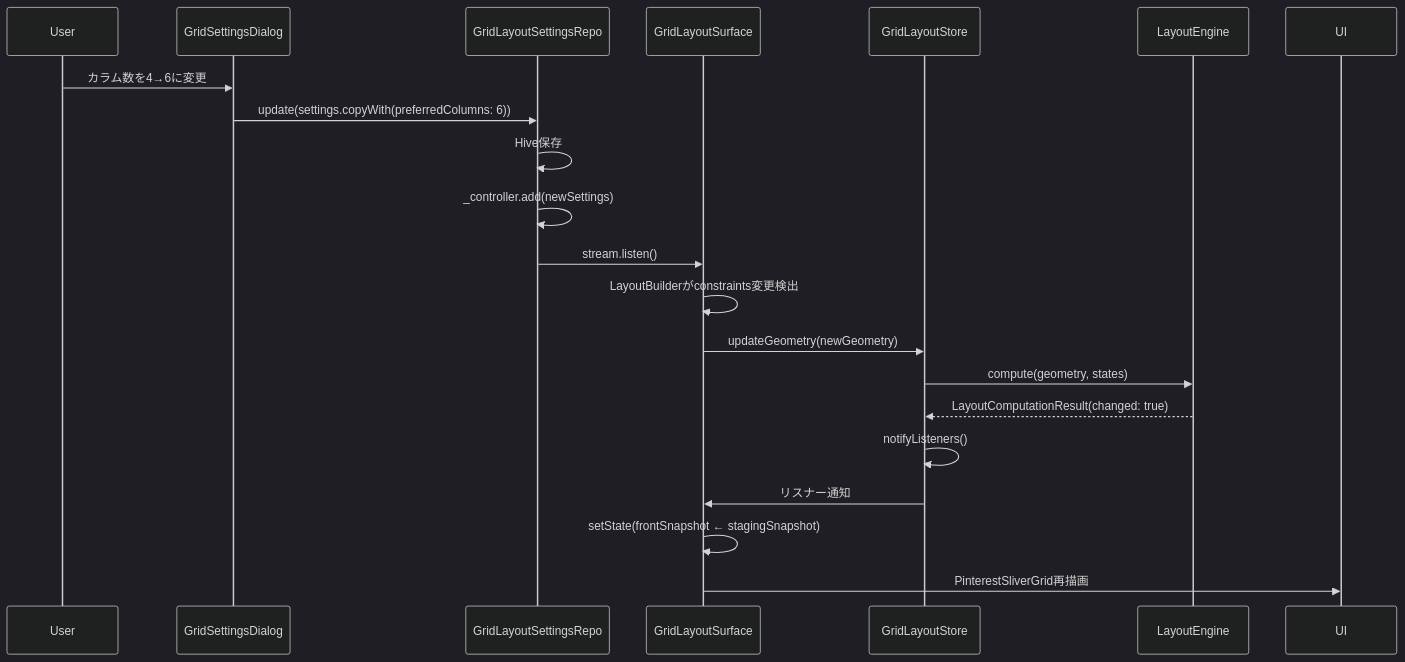
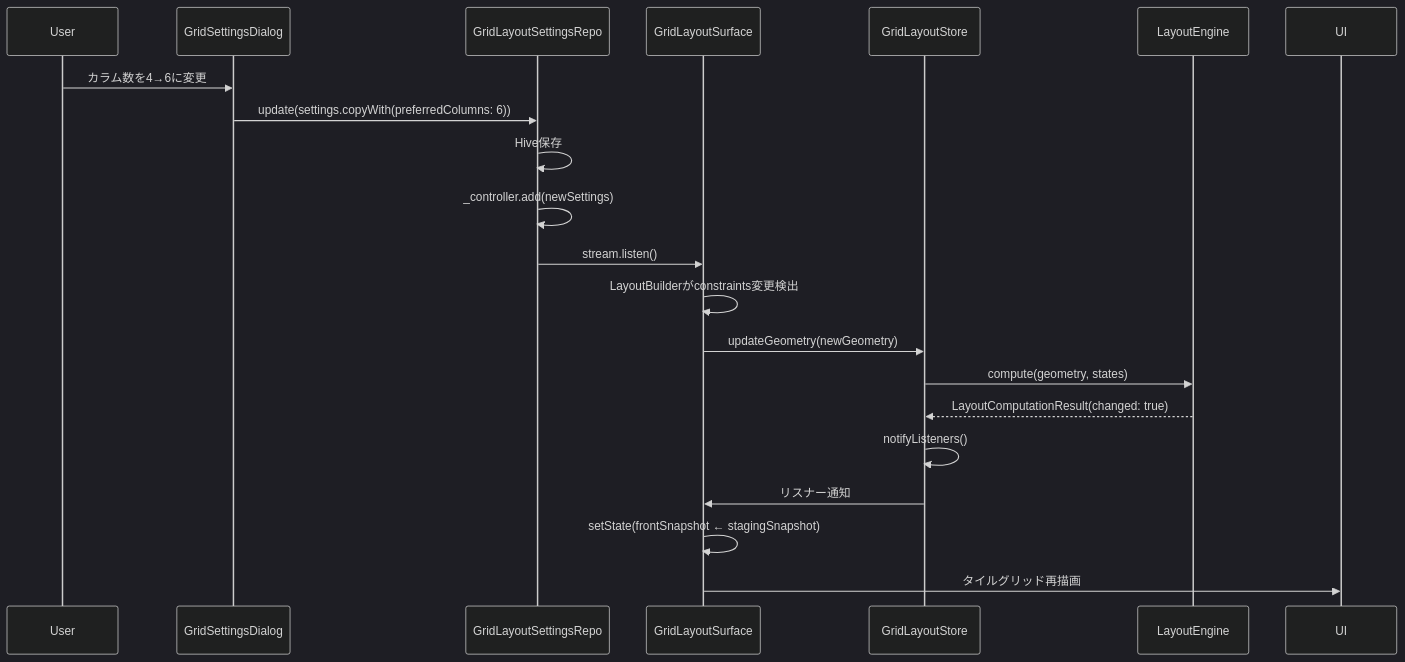
One commit to lietsee/clip-pix changed the fourth of 4 diagrams in docs/architecture/state_management_flow.md. Above: the diagram before and after it, drawn with Mermaid (dark theme). The commit also changed 12 other files, not shown here.

````diff
--- a/docs/architecture/state_management_flow.md
+++ b/docs/architecture/state_management_flow.md
@@ -488,24 +488,24 @@
 ```mermaid
 sequenceDiagram
     participant User
     participant Dialog as GridSettingsDialog
     participant Repo as GridLayoutSettingsRepo
     participant Surface as GridLayoutSurface
     participant Store as GridLayoutStore
     participant Engine as LayoutEngine
     participant UI
 
     User->>Dialog: カラム数を4→6に変更
     Dialog->>Repo: update(settings.copyWith(preferredColumns: 6))
     Repo->>Repo: Hive保存
     Repo->>Repo: _controller.add(newSettings)
     Repo->>Surface: stream.listen()
     Surface->>Surface: LayoutBuilderがconstraints変更検出
     Surface->>Store: updateGeometry(newGeometry)
     Store->>Engine: compute(geometry, states)
     Engine-->>Store: LayoutComputationResult(changed: true)
     Store->>Store: notifyListeners()
     Store->>Surface: リスナー通知
     Surface->>Surface: setState(frontSnapshot ← stagingSnapshot)
-    Surface->>UI: PinterestSliverGrid再描画
+    Surface->>UI: タイルグリッド再描画
 ```
````
